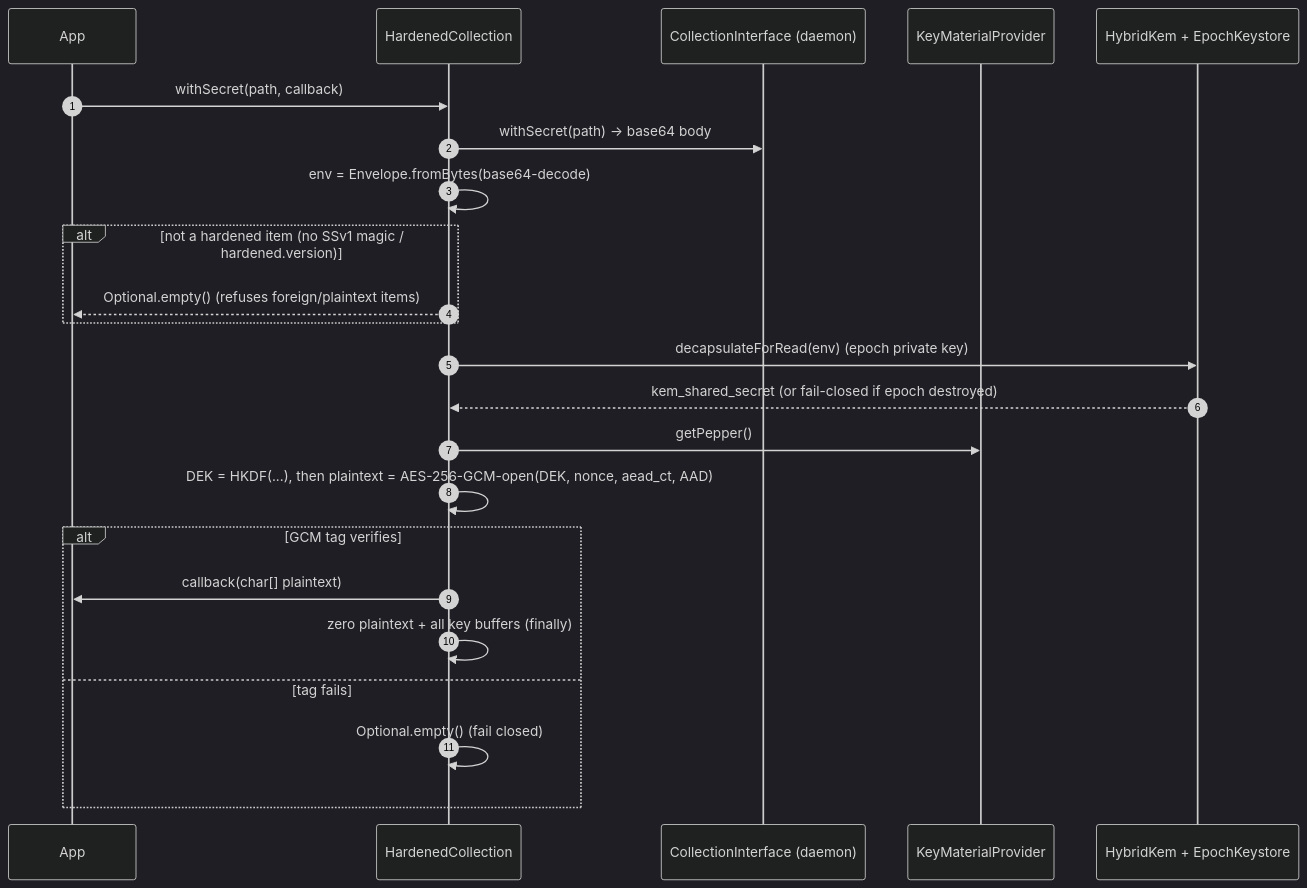
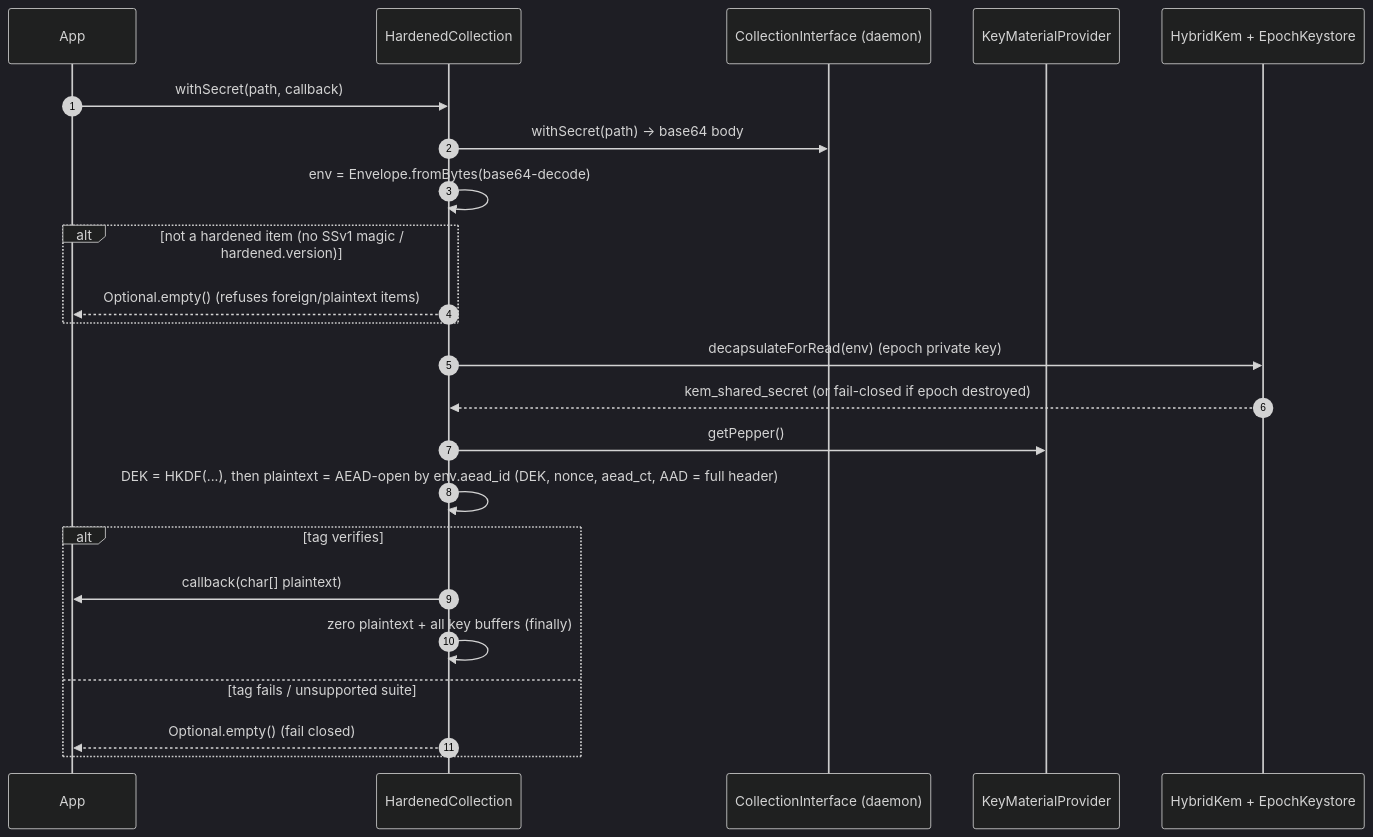
One commit to swiesend/secret-service changed the third of 3 diagrams in docs/architecture/envelope-encryption.md. Above: the diagram before and after it, drawn with Mermaid (dark theme). The commit also changed other lines of this file and 3 other files, not shown here.

First line of the commit message:
Docs: envelope v3 / AEAD agility / TOTP removal / mlock / native HKDF

````diff
--- a/docs/architecture/envelope-encryption.md
+++ b/docs/architecture/envelope-encryption.md
@@ -47,26 +47,26 @@
 ```mermaid
 sequenceDiagram
     autonumber
     participant App
     participant HC as HardenedCollection
     participant Col as CollectionInterface (daemon)
     participant KMP as KeyMaterialProvider
     participant KEM as HybridKem + EpochKeystore
 
     App->>HC: withSecret(path, callback)
     HC->>Col: withSecret(path) → base64 body
     HC->>HC: env = Envelope.fromBytes(base64-decode)
     alt not a hardened item (no SSv1 magic / hardened.version)
         HC-->>App: Optional.empty()  (refuses foreign/plaintext items)
     end
     HC->>KEM: decapsulateForRead(env)  (epoch private key)
     KEM-->>HC: kem_shared_secret  (or fail-closed if epoch destroyed)
     HC->>KMP: getPepper()
-    HC->>HC: DEK = HKDF(...), then plaintext = AES-256-GCM-open(DEK, nonce, aead_ct, AAD)
-    alt GCM tag verifies
+    HC->>HC: DEK = HKDF(...), then plaintext = AEAD-open by env.aead_id (DEK, nonce, aead_ct, AAD = full header)
+    alt tag verifies
         HC->>App: callback(char[] plaintext)
         HC->>HC: zero plaintext + all key buffers (finally)
-    else tag fails
-        HC->>HC: Optional.empty() (fail closed)
+    else tag fails / unsupported suite
+        HC-->>App: Optional.empty() (fail closed)
     end
 ```
````
